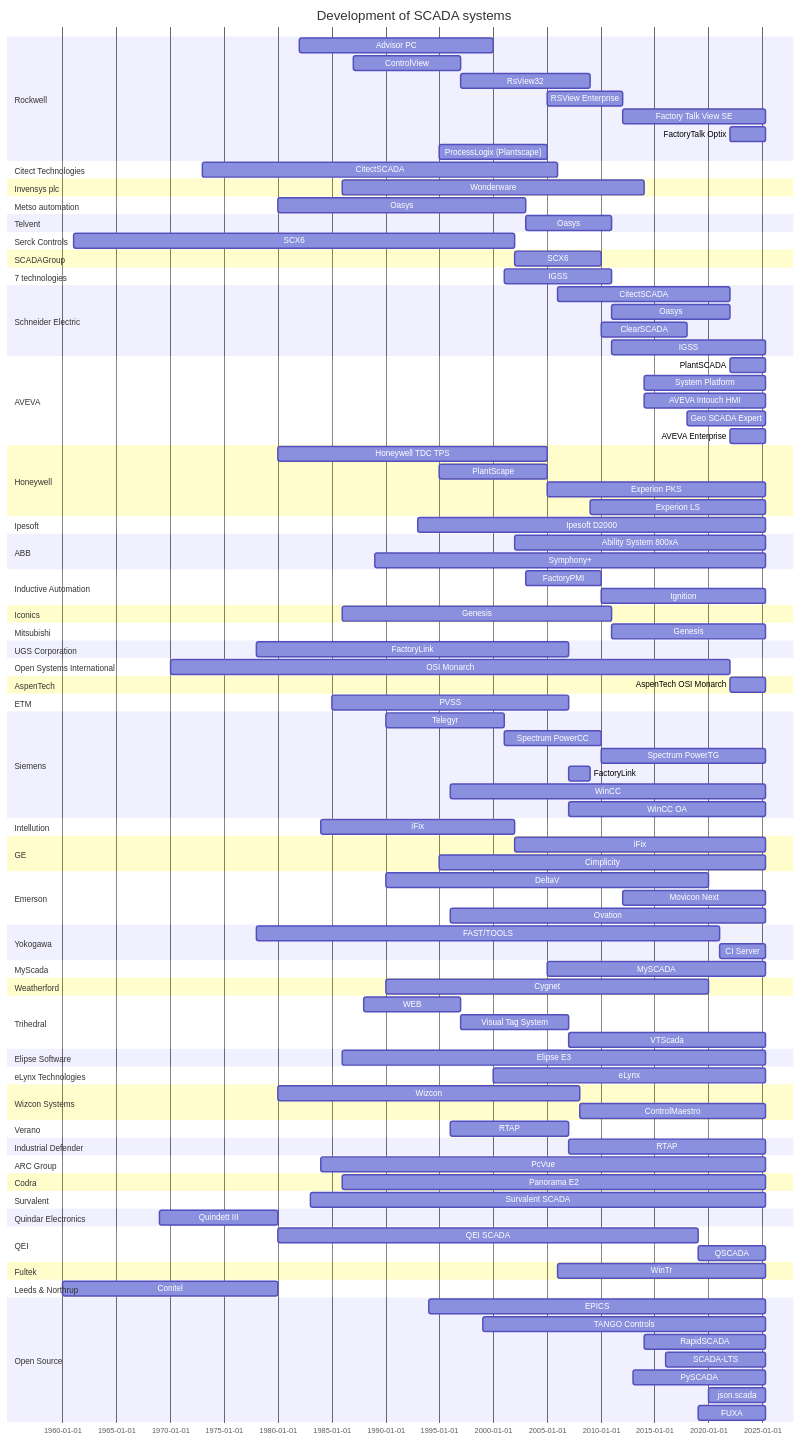
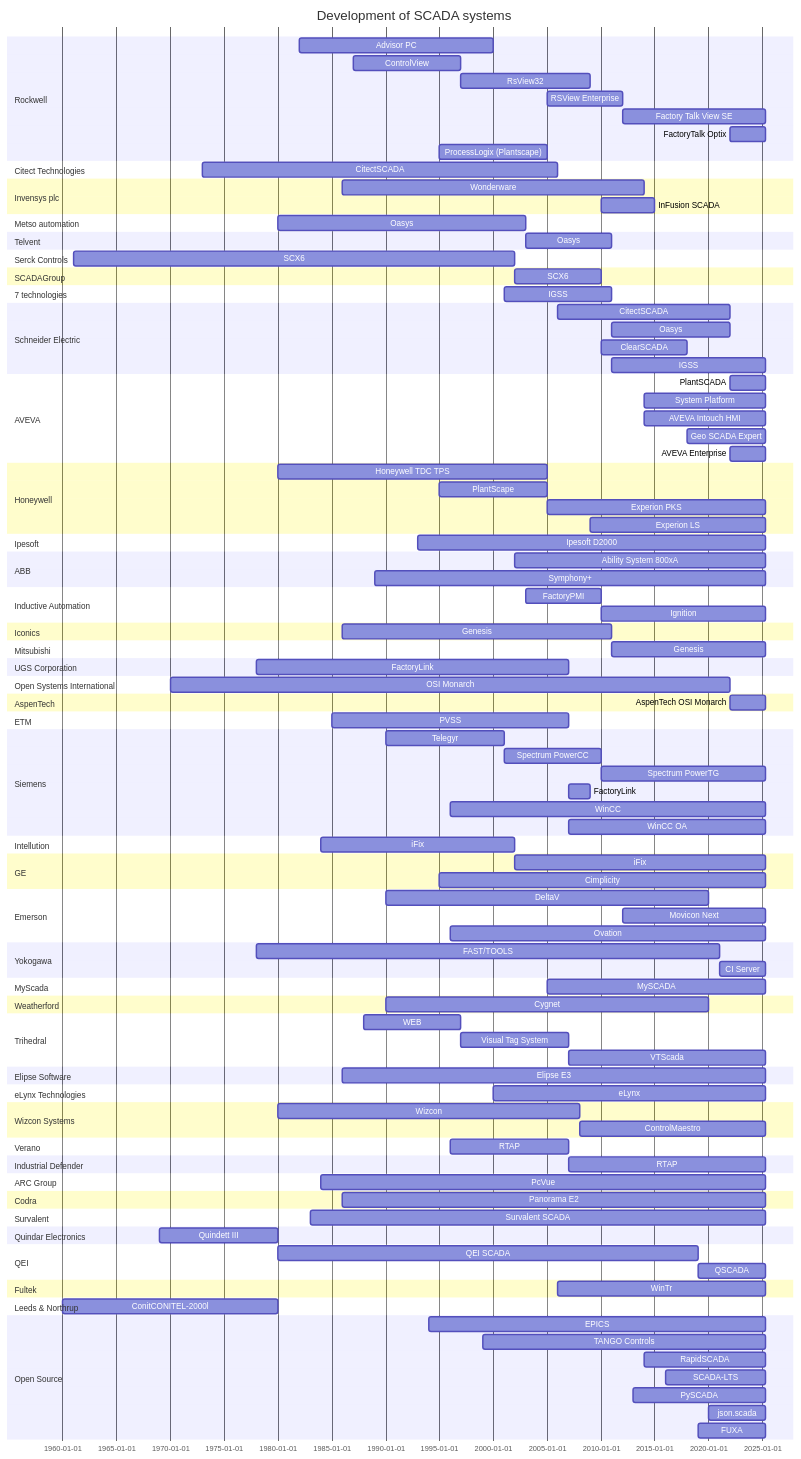
One commit to hutcheb/scada-timeline changed the diagram in README.md. Above: the diagram before and after it, drawn with Mermaid.

Commit message:
feat: Add Infusion

```diff
--- a/README.md
+++ b/README.md
@@ -21,6 +21,8 @@
     section Invensys plc
         %%(https://en.wikipedia.org/wiki/Wonderware)
         Wonderware :s2, 1986, 2014
+        %%(https://www.controleng.com/infusion-scada-2-0-targets-functionality-and-security-for-remote-operations/)
+        InFusion SCADA : 2010, 2015
     section Metso automation
         %%(http://ains.etf.rs/Telvent.pdf)
         %%(No Start Date)
@@ -166,7 +168,8 @@
         WinTr : wintr, 2006, until 2025
     section  Leeds & Northrup
         %%(Need to confirm)
-        Conitel : conitel, 1960, 1980
+        %%(http://www.ece.iit.edu/~flueck/chicago_pes/2004/anb0309.html)
+        ConitCONITEL-2000l : conitel, 1960, 1980
     section Open Source
         %%(https://en.wikipedia.org/wiki/EPICS)
         EPICS : epics, 1994, until 2025
```
